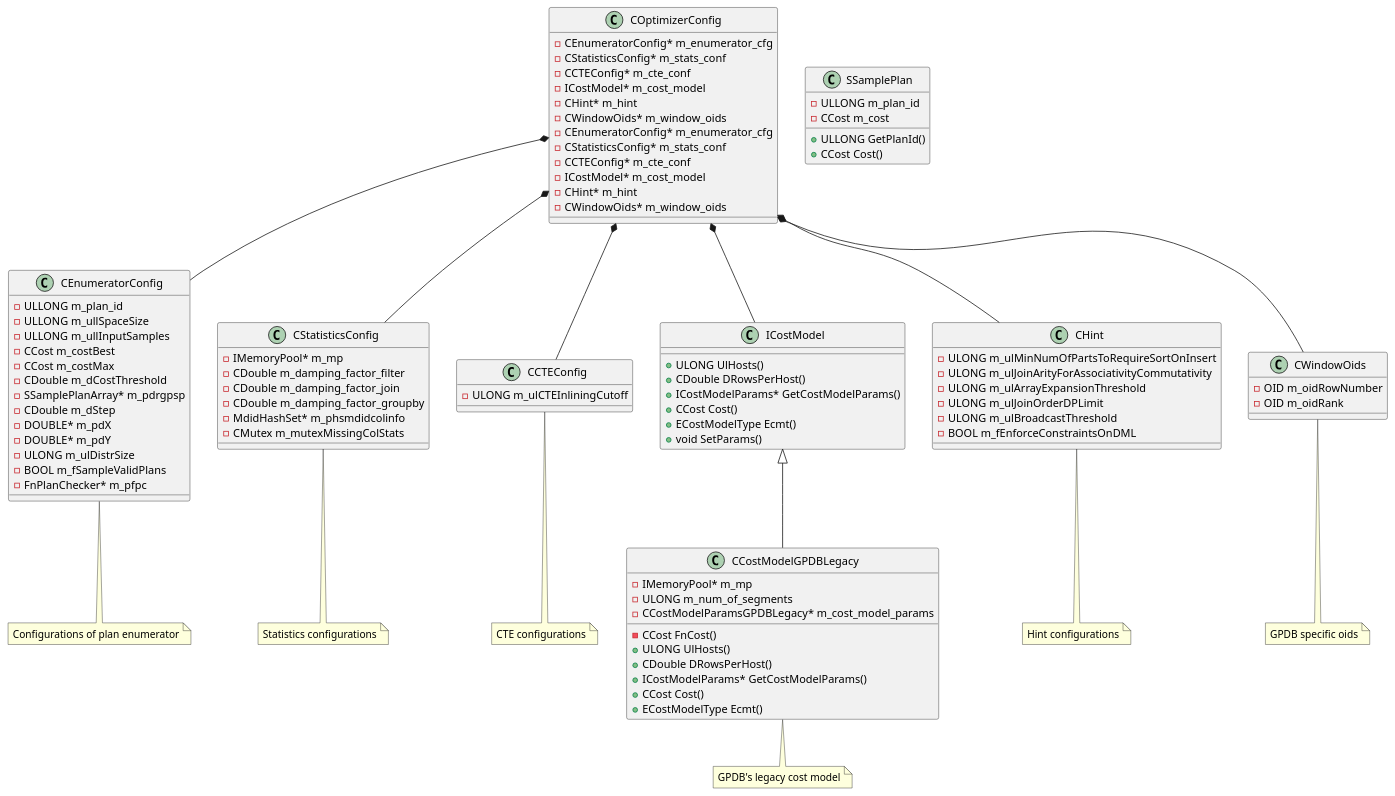
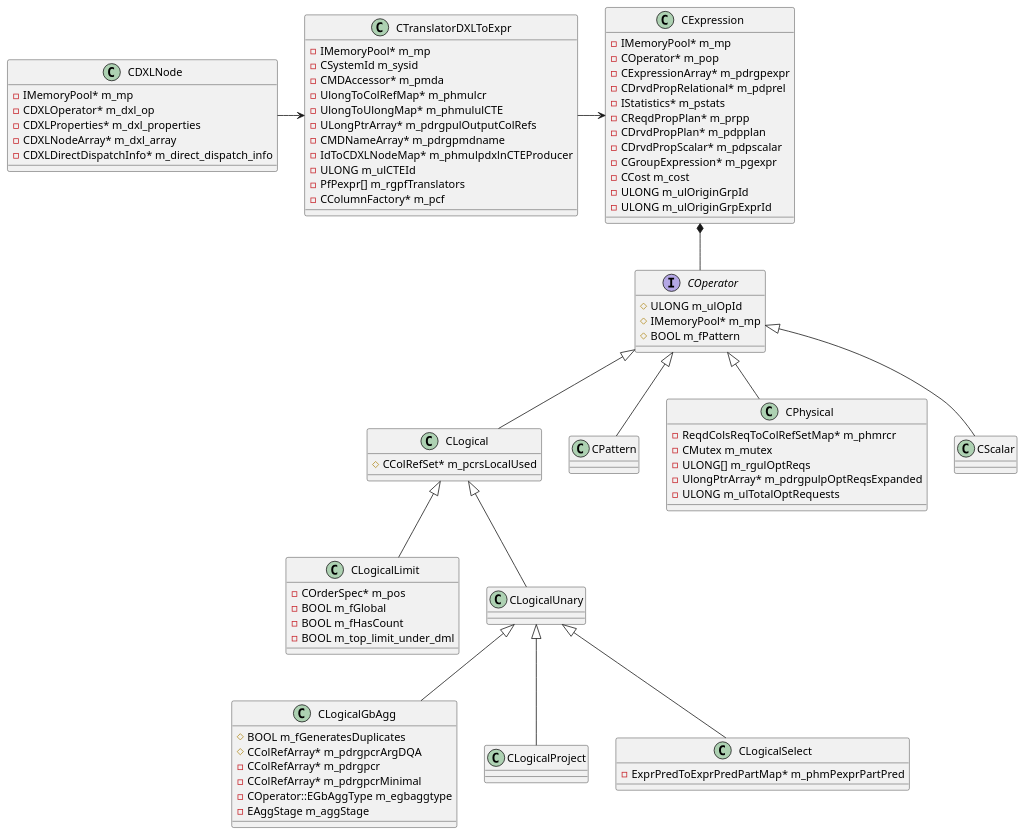
One commit to yangyingchao/yangyingchao.github.io changed the second of 2 diagrams in org/2019-05-22-ORCA-Optimization.org. Above: the diagram before and after it, drawn with PlantUML. The commit also changed other lines of this file and 4 other files, not shown here.

```diff
--- a/org/2019-05-22-ORCA-Optimization.org
+++ b/org/2019-05-22-ORCA-Optimization.org
@@ -18,131 +45,115 @@
-#+BEGIN_SRC plantuml :file ../assets/img/orca-opt-gen-b7dbe950a0e8b9ddc474fa8fabd269f4.png  :cmdline -Djava.awt.headless=true  -charset UTF-8
-
-  class COptimizerConfig {
-  - CEnumeratorConfig* m_enumerator_cfg
-  - CStatisticsConfig* m_stats_conf
-  - CCTEConfig* m_cte_conf
-  - ICostModel* m_cost_model
-  - CHint* m_hint
-  - CWindowOids* m_window_oids
+#+BEGIN_SRC plantuml :file ../assets/img/dxl2expr-gen-b7dbe950a0e8b9ddc474fa8fabd269f4.png  :cmdline -Djava.awt.headless=true  -charset UTF-8
+  class CDXLNode {
+      - IMemoryPool* m_mp
+      - CDXLOperator* m_dxl_op
+      - CDXLProperties* m_dxl_properties
+      - CDXLNodeArray* m_dxl_array
+      - CDXLDirectDispatchInfo* m_direct_dispatch_info
   }
 
-  class COptimizerConfig {
-      - CEnumeratorConfig* m_enumerator_cfg
-      - CStatisticsConfig* m_stats_conf
-      - CCTEConfig* m_cte_conf
-      - ICostModel* m_cost_model
-      - CHint* m_hint
-      - CWindowOids* m_window_oids
+
+  class CTranslatorDXLToExpr {
+      - IMemoryPool* m_mp
+      - CSystemId m_sysid
+      - CMDAccessor* m_pmda
+      - UlongToColRefMap* m_phmulcr
+      - UlongToUlongMap* m_phmululCTE
+      - ULongPtrArray* m_pdrgpulOutputColRefs
+      - CMDNameArray* m_pdrgpmdname
+      - IdToCDXLNodeMap* m_phmulpdxlnCTEProducer
+      - ULONG m_ulCTEId
+      - PfPexpr[] m_rgpfTranslators
+      - CColumnFactory* m_pcf
   }
 
-  class SSamplePlan {
-      + ULLONG GetPlanId()
-      + CCost Cost()
-      - ULLONG m_plan_id
+  class CExpression {
+      - IMemoryPool* m_mp
+      - COperator* m_pop
+      - CExpressionArray* m_pdrgpexpr
+      - CDrvdPropRelational* m_pdprel
+      - IStatistics* m_pstats
+      - CReqdPropPlan* m_prpp
+      - CDrvdPropPlan* m_pdpplan
+      - CDrvdPropScalar* m_pdpscalar
+      - CGroupExpression* m_pgexpr
       - CCost m_cost
+      - ULONG m_ulOriginGrpId
+      - ULONG m_ulOriginGrpExprId
   }
 
-  class CEnumeratorConfig {
-      - ULLONG m_plan_id
-      - ULLONG m_ullSpaceSize
-      - ULLONG m_ullInputSamples
-      - CCost m_costBest
-      - CCost m_costMax
-      - CDouble m_dCostThreshold
-      - SSamplePlanArray* m_pdrgpsp
-      - CDouble m_dStep
-      - DOUBLE* m_pdX
-      - DOUBLE* m_pdY
-      - ULONG m_ulDistrSize
-      - BOOL m_fSampleValidPlans
-      - FnPlanChecker* m_pfpc
+
+  CDXLNode -> CTranslatorDXLToExpr
+  CTranslatorDXLToExpr -> CExpression
+
+  CExpression *-- COperator
+
+
+  interface COperator {
+      # ULONG m_ulOpId
+      # IMemoryPool* m_mp
+      # BOOL m_fPattern
   }
 
-  note bottom
-      Configurations of plan enumerator
-  end note
+  class CLogical {
+      # CColRefSet* m_pcrsLocalUsed
+  }
+
+  COperator <|-- CLogical
+
+  class CPattern {
+  }
+
+  COperator <|-- CPattern
+
+  class CPhysical {
+      - ReqdColsReqToColRefSetMap* m_phmrcr
+      - CMutex m_mutex
+      - ULONG[] m_rgulOptReqs
+      - UlongPtrArray* m_pdrgpulpOptReqsExpanded
+      - ULONG m_ulTotalOptRequests
+  }
+
+  COperator <|-- CPhysical
 
 
-  COptimizerConfig *-- CEnumeratorConfig
-
-  class CStatisticsConfig {
-      - IMemoryPool* m_mp
-      - CDouble m_damping_factor_filter
-      - CDouble m_damping_factor_join
-      - CDouble m_damping_factor_groupby
-      - MdidHashSet* m_phsmdidcolinfo
-      - CMutex m_mutexMissingColStats
+  class CScalar {
   }
 
-  note bottom
-      Statistics configurations
-  end note
+  COperator <|-- CScalar
 
-  COptimizerConfig *--  CStatisticsConfig
-
-
-  class CCTEConfig {
-      - ULONG m_ulCTEInliningCutoff
+  class CLogicalLimit {
+      - COrderSpec* m_pos
+      - BOOL m_fGlobal
+      - BOOL m_fHasCount
+      - BOOL m_top_limit_under_dml
   }
 
-  note bottom
-      CTE configurations
-  end note
+  CLogical <|-- CLogicalLimit
 
-  COptimizerConfig *--  CCTEConfig
-
-
-  class ICostModel {
-      + ULONG UlHosts()
-      + CDouble DRowsPerHost()
-      + ICostModelParams* GetCostModelParams()
-      + CCost Cost()
-      + ECostModelType Ecmt()
-      + void SetParams()
+  class CLogicalUnary {
   }
 
-  class CCostModelGPDBLegacy {
-      - CCost FnCost()
-      + ULONG UlHosts()
-      + CDouble DRowsPerHost()
-      + ICostModelParams* GetCostModelParams()
-      + CCost Cost()
-      + ECostModelType Ecmt()
-      - IMemoryPool* m_mp
-      - ULONG m_num_of_segments
-      - CCostModelParamsGPDBLegacy* m_cost_model_params
-  }
-  note bottom
-      GPDB's legacy cost model
-  end note
+  CLogical <|-- CLogicalUnary
 
-  ICostModel <|-- CCostModelGPDBLegacy
-
-  COptimizerConfig *--  ICostModel
-
-  class CHint {
-      - ULONG m_ulMinNumOfPartsToRequireSortOnInsert
-      - ULONG m_ulJoinArityForAssociativityCommutativity
-      - ULONG m_ulArrayExpansionThreshold
-      - ULONG m_ulJoinOrderDPLimit
-      - ULONG m_ulBroadcastThreshold
-      - BOOL m_fEnforceConstraintsOnDML
+  class CLogicalGbAgg {
+      # BOOL m_fGeneratesDuplicates
+      # CColRefArray* m_pdrgpcrArgDQA
+      - CColRefArray* m_pdrgpcr
+      - CColRefArray* m_pdrgpcrMinimal
+      - COperator::EGbAggType m_egbaggtype
+      - EAggStage m_aggStage
   }
 
-  note bottom
-      Hint configurations
-  end note
+  CLogicalUnary <|-- CLogicalGbAgg
 
-  COptimizerConfig *--   CHint
-
-  class CWindowOids {
-      - OID m_oidRowNumber
-      - OID m_oidRank
+  class CLogicalProject {
   }
 
-  note bottom
-      GPDB specific oids
-  end note
+  CLogicalUnary <|-- CLogicalProject
 
-  COptimizerConfig *--   CWindowOids
+  class CLogicalSelect {
+      - ExprPredToExprPredPartMap* m_phmPexprPartPred
+  }
+
+  CLogicalUnary <|-- CLogicalSelect
 #+END_SRC
```
